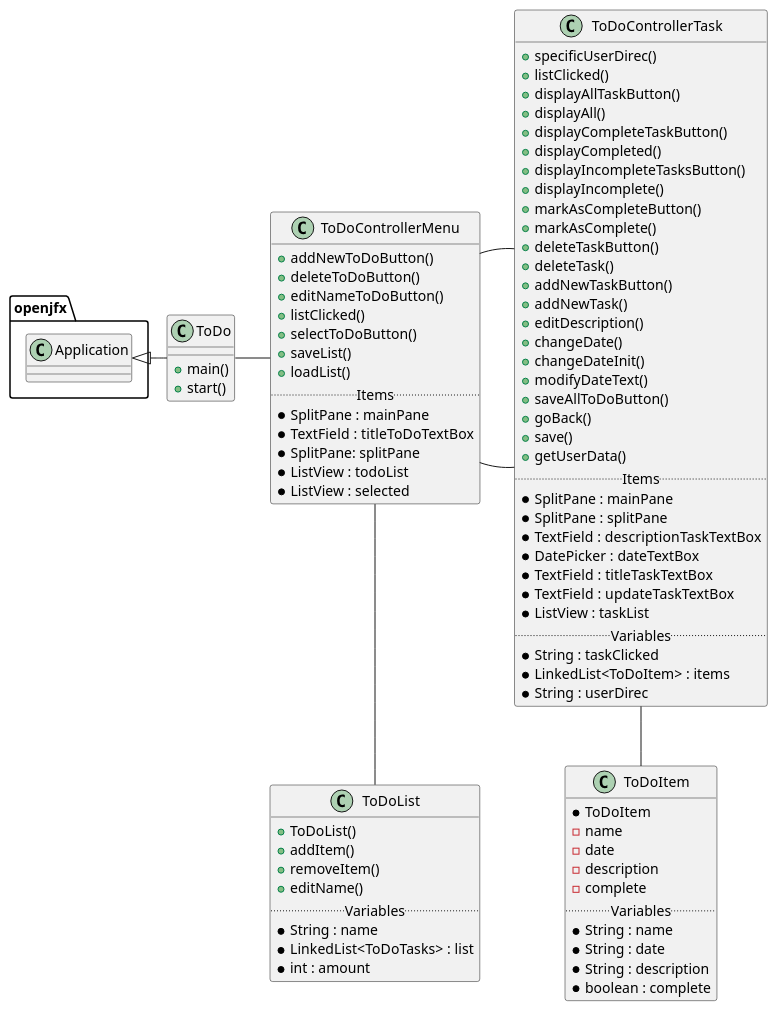
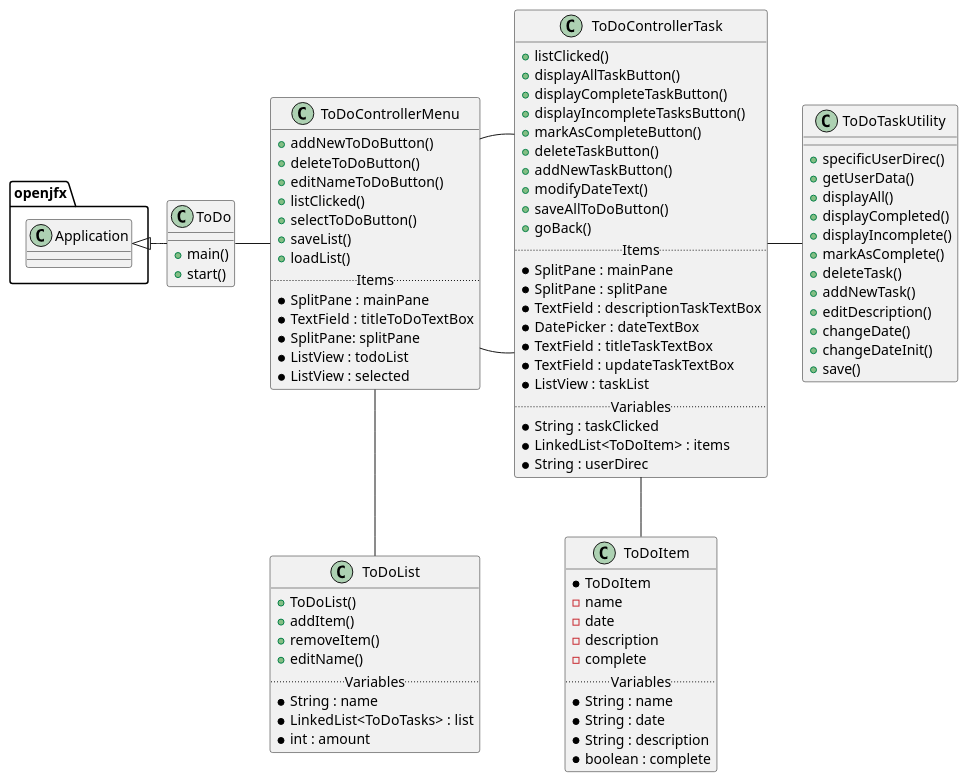
One commit to dark-r00t/OOP_TODO_GUI changed the diagram in uml/ToDoPUML.puml. Above: the diagram before and after it, drawn with PlantUML. The commit also changed 3 other files, not shown here.

```diff
--- a/uml/ToDoPUML.puml
+++ b/uml/ToDoPUML.puml
@@ -1,95 +1,99 @@
 @startuml
 
 class ToDo {
     + main()
     + start()
 }
 
 class ToDoControllerMenu {
     + addNewToDoButton()
     + deleteToDoButton()
     + editNameToDoButton()
     + listClicked()
     + selectToDoButton()
     + saveList()
     + loadList()
     ..Items..
     * SplitPane : mainPane
     * TextField : titleToDoTextBox
     * SplitPane: splitPane
     * ListView : todoList
     * ListView : selected
 }
 
 class ToDoList {
     + ToDoList()
     + addItem()
     + removeItem()
     + editName()
     ..Variables..
     * String : name
     * LinkedList<ToDoTasks> : list
     * int : amount
 }
 
 class ToDoControllerTask {
-    + specificUserDirec()
     + listClicked()
     + displayAllTaskButton()
-    + displayAll()
     + displayCompleteTaskButton()
-    + displayCompleted()
     + displayIncompleteTasksButton()
-    + displayIncomplete()
     + markAsCompleteButton()
-    + markAsComplete()
     + deleteTaskButton()
-    + deleteTask()
     + addNewTaskButton()
-    + addNewTask()
-    + editDescription()
-    + changeDate()
-    + changeDateInit()
     + modifyDateText()
     + saveAllToDoButton()
     + goBack()
-    + save()
-    + getUserData()
     ..Items..
     * SplitPane : mainPane
     * SplitPane : splitPane
     * TextField : descriptionTaskTextBox
     * DatePicker : dateTextBox
     * TextField : titleTaskTextBox
     * TextField : updateTaskTextBox
     * ListView : taskList
     ..Variables..
     * String : taskClicked
     * LinkedList<ToDoItem> : items
     * String : userDirec
+}
+
+class ToDoTaskUtility {
+    + specificUserDirec()
+    + getUserData()
+    + displayAll()
+    + displayCompleted()
+    + displayIncomplete()
+    + markAsComplete()
+    + deleteTask()
+    + addNewTask()
+    + editDescription()
+    + changeDate()
+    + changeDateInit()
+    + save()
 }
 
 class ToDoItem {
     * ToDoItem
     - name
     - date
     - description
     - complete
     ..Variables..
     * String : name
     * String : date
     * String : description
     * boolean : complete
 }
 
 openjfx.Application <|- ToDo
 
 ToDo - ToDoControllerMenu
 
 ToDoControllerMenu - ToDoControllerTask
 ToDoControllerMenu -- ToDoList
 
 ToDoControllerTask - ToDoControllerMenu
 ToDoControllerTask -- ToDoItem
+ToDoControllerTask - ToDoTaskUtility
 
 @enduml
```
